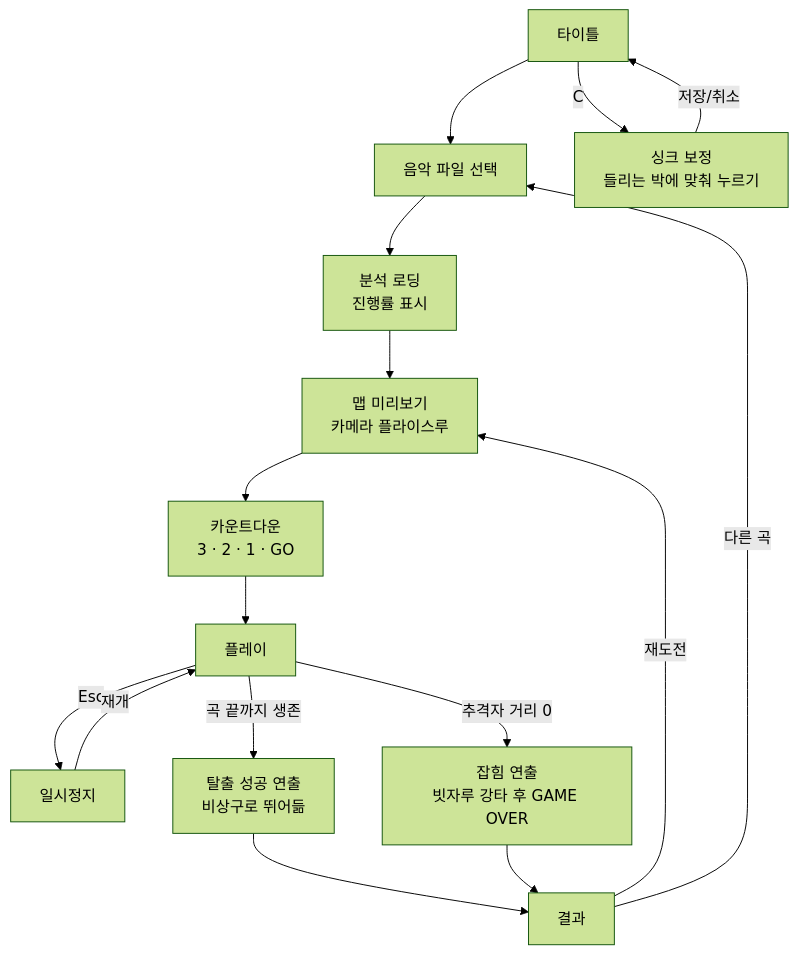
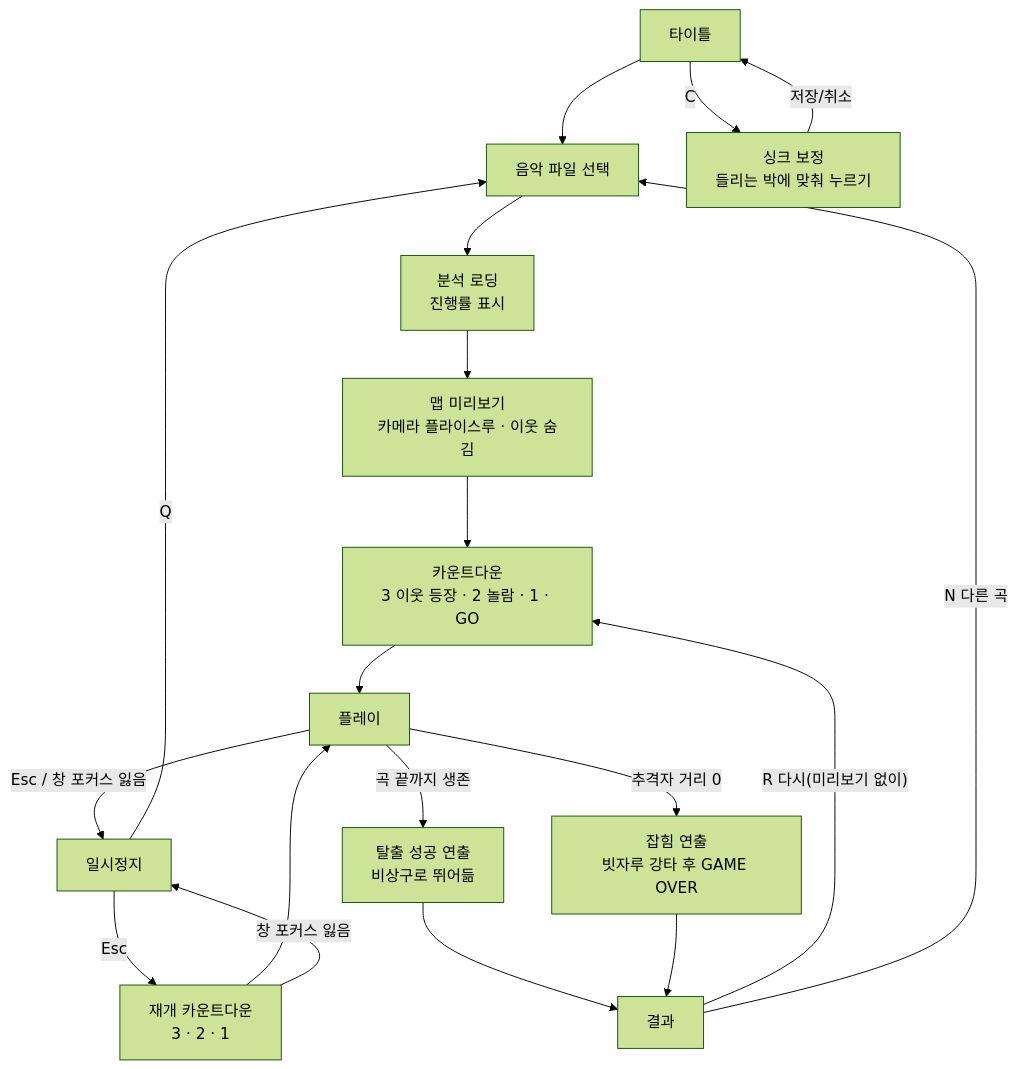
One commit to MongsiL3344/beat-runner changed the second of 2 diagrams in docs/기획서.md. Above: the diagram before and after it, drawn with Mermaid (forest theme). The commit also changed other lines of this file and 22 other files, not shown here.

````diff
--- a/docs/기획서.md
+++ b/docs/기획서.md
@@ -154,18 +154,21 @@
 ```mermaid
 flowchart TD
     T["타이틀"] --> S["음악 파일 선택"]
     T -- "C" --> CAL["싱크 보정<br/>들리는 박에 맞춰 누르기"]
     CAL -- "저장/취소" --> T
     S --> L["분석 로딩<br/>진행률 표시"]
-    L --> P["맵 미리보기<br/>카메라 플라이스루"]
-    P --> CD["카운트다운<br/>3 · 2 · 1 · GO"]
+    L --> P["맵 미리보기<br/>카메라 플라이스루 · 이웃 숨김"]
+    P --> CD["카운트다운<br/>3 이웃 등장 · 2 놀람 · 1 · GO"]
     CD --> G["플레이"]
-    G -- "Esc" --> Z["일시정지"]
-    Z -- "재개" --> G
+    G -- "Esc / 창 포커스 잃음" --> Z["일시정지"]
+    Z -- "Esc" --> RS["재개 카운트다운<br/>3 · 2 · 1"]
+    RS --> G
+    RS -- "창 포커스 잃음" --> Z
+    Z -- "Q" --> S
     G -- "곡 끝까지 생존" --> W["탈출 성공 연출<br/>비상구로 뛰어듦"]
     G -- "추격자 거리 0" --> C["잡힘 연출<br/>빗자루 강타 후 GAME OVER"]
     W --> R["결과"]
     C --> R
-    R -- "재도전" --> P
-    R -- "다른 곡" --> S
+    R -- "R 다시(미리보기 없이)" --> CD
+    R -- "N 다른 곡" --> S
 ```
````
